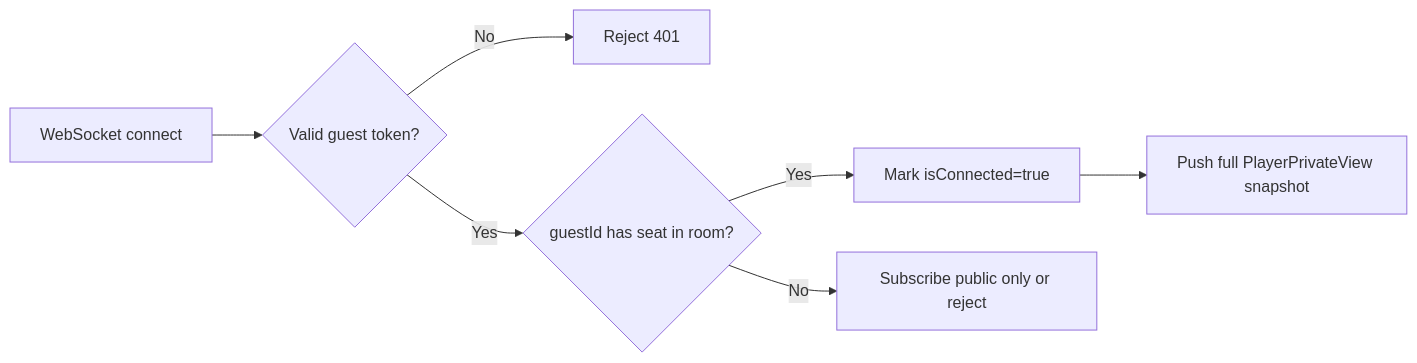
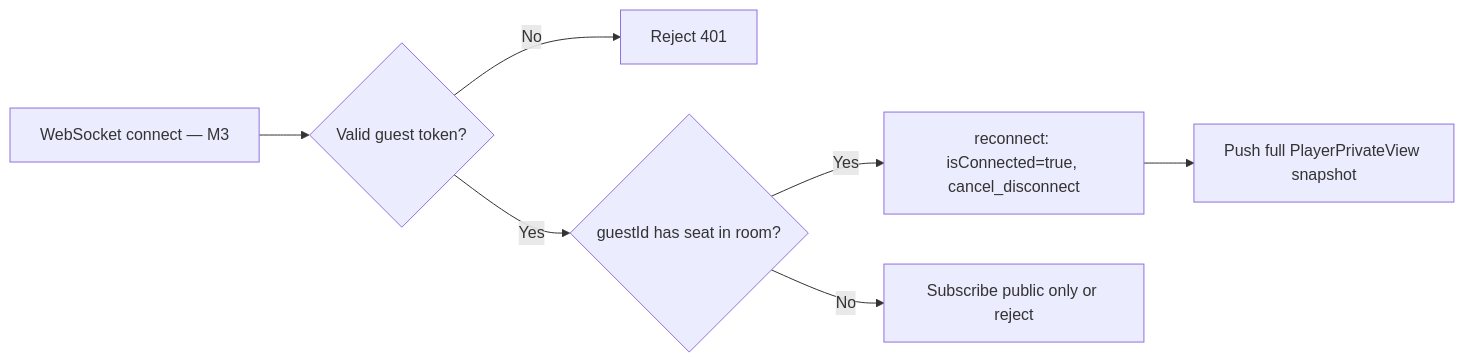
One commit to tiago4vita/6-nimmt changed the second of 2 diagrams in .cursor/state-management.md. Above: the diagram before and after it, drawn with Mermaid. The commit also changed other lines of this file and 10 other files, not shown here.

````diff
--- a/.cursor/state-management.md
+++ b/.cursor/state-management.md
@@ -129,9 +162,9 @@
 ```mermaid
 flowchart LR
-    A[WebSocket connect] --> B{Valid guest token?}
+    A[WebSocket connect — M3] --> B{Valid guest token?}
     B -->|No| C[Reject 401]
     B -->|Yes| D{guestId has seat in room?}
-    D -->|Yes| E[Mark isConnected=true]
+    D -->|Yes| E[reconnect: isConnected=true, cancel_disconnect]
     D -->|No| F[Subscribe public only or reject]
     E --> G[Push full PlayerPrivateView snapshot]
 ```
````
